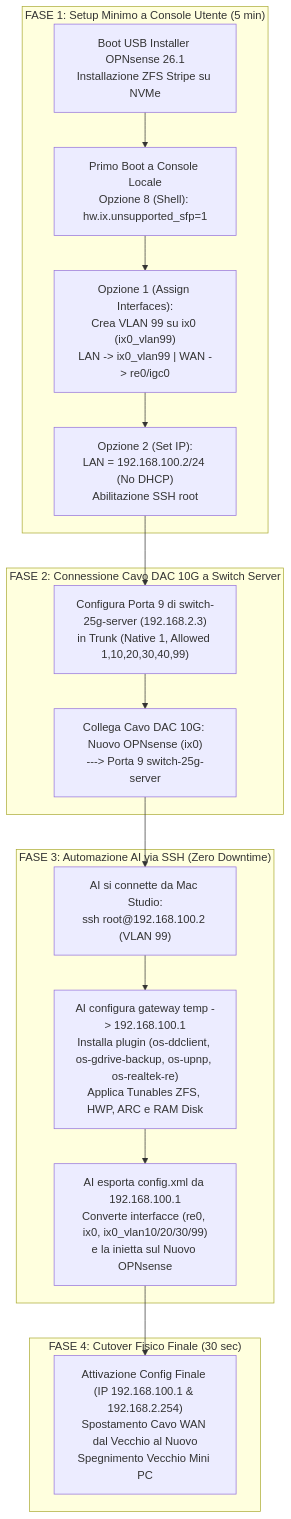
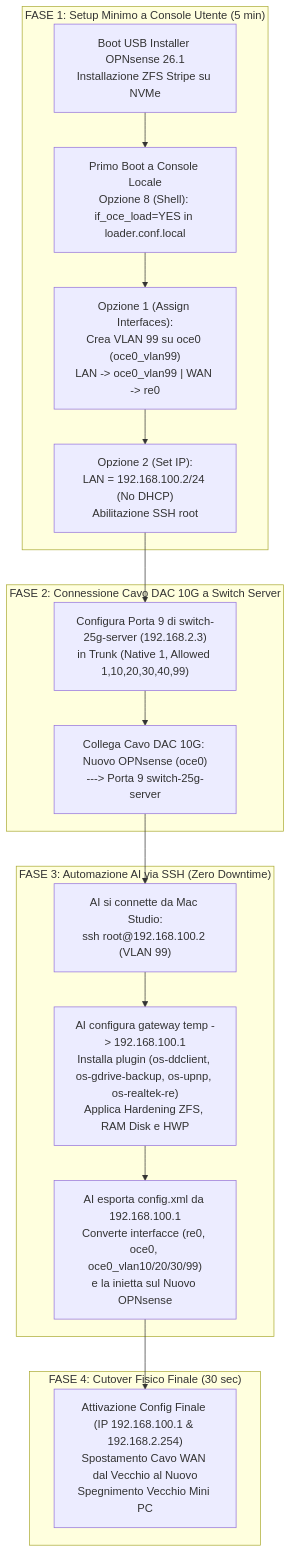
One commit to pindaroli/k8s-lab changed the diagram in wiki/plans/opnsense-i3-12100-nvme-migration.md. Above: the diagram before and after it, drawn with Mermaid. The commit also changed other lines of this file and 2 other files, not shown here.

Commit message:
docs(opnsense): documentata scheda Emulex OneConnect 10G (oce0/oce1) in piano migrazione, entita OPNsense e GEMINI

````diff
--- a/wiki/plans/opnsense-i3-12100-nvme-migration.md
+++ b/wiki/plans/opnsense-i3-12100-nvme-migration.md
@@ -96,23 +96,23 @@
 ```mermaid
 flowchart TD
     subgraph FASE1["FASE 1: Setup Minimo a Console Utente (5 min)"]
-        A["Boot USB Installer OPNsense 26.1<br/>Installazione ZFS Stripe su NVMe"] --> B["Primo Boot a Console Locale<br/>Opzione 8 (Shell): hw.ix.unsupported_sfp=1"]
-        B --> C["Opzione 1 (Assign Interfaces):<br/>Crea VLAN 99 su ix0 (ix0_vlan99)<br/>LAN -> ix0_vlan99 | WAN -> re0/igc0"]
+        A["Boot USB Installer OPNsense 26.1<br/>Installazione ZFS Stripe su NVMe"] --> B["Primo Boot a Console Locale<br/>Opzione 8 (Shell): if_oce_load=YES in loader.conf.local"]
+        B --> C["Opzione 1 (Assign Interfaces):<br/>Crea VLAN 99 su oce0 (oce0_vlan99)<br/>LAN -> oce0_vlan99 | WAN -> re0"]
         C --> D["Opzione 2 (Set IP):<br/>LAN = 192.168.100.2/24 (No DHCP)<br/>Abilitazione SSH root"]
     end
 
     subgraph FASE2["FASE 2: Connessione Cavo DAC 10G a Switch Server"]
         D --> E["Configura Porta 9 di switch-25g-server (192.168.2.3)<br/>in Trunk (Native 1, Allowed 1,10,20,30,40,99)"]
-        E --> F["Collega Cavo DAC 10G: Nuovo OPNsense (ix0)<br/>---> Porta 9 switch-25g-server"]
+        E --> F["Collega Cavo DAC 10G: Nuovo OPNsense (oce0)<br/>---> Porta 9 switch-25g-server"]
     end
 
     subgraph FASE3["FASE 3: Automazione AI via SSH (Zero Downtime)"]
         F --> G["AI si connette da Mac Studio:<br/>ssh root@192.168.100.2 (VLAN 99)"]
-        G --> H["AI configura gateway temp -> 192.168.100.1<br/>Installa plugin (os-ddclient, os-gdrive-backup, os-upnp, os-realtek-re)<br/>Applica Tunables ZFS, HWP, ARC e RAM Disk"]
-        H --> I["AI esporta config.xml da 192.168.100.1<br/>Converte interfacce (re0, ix0, ix0_vlan10/20/30/99)<br/>e la inietta sul Nuovo OPNsense"]
+        G --> H["AI configura gateway temp -> 192.168.100.1<br/>Installa plugin (os-ddclient, os-gdrive-backup, os-upnp, os-realtek-re)<br/>Applica Hardening ZFS, RAM Disk e HWP"]
+        H --> I["AI esporta config.xml da 192.168.100.1<br/>Converte interfacce (re0, oce0, oce0_vlan10/20/30/99)<br/>e la inietta sul Nuovo OPNsense"]
     end
 
     subgraph FASE4["FASE 4: Cutover Fisico Finale (30 sec)"]
         I --> J["Attivazione Config Finale (IP 192.168.100.1 & 192.168.2.254)<br/>Spostamento Cavo WAN dal Vecchio al Nuovo<br/>Spegnimento Vecchio Mini PC"]
     end
 ```
````
